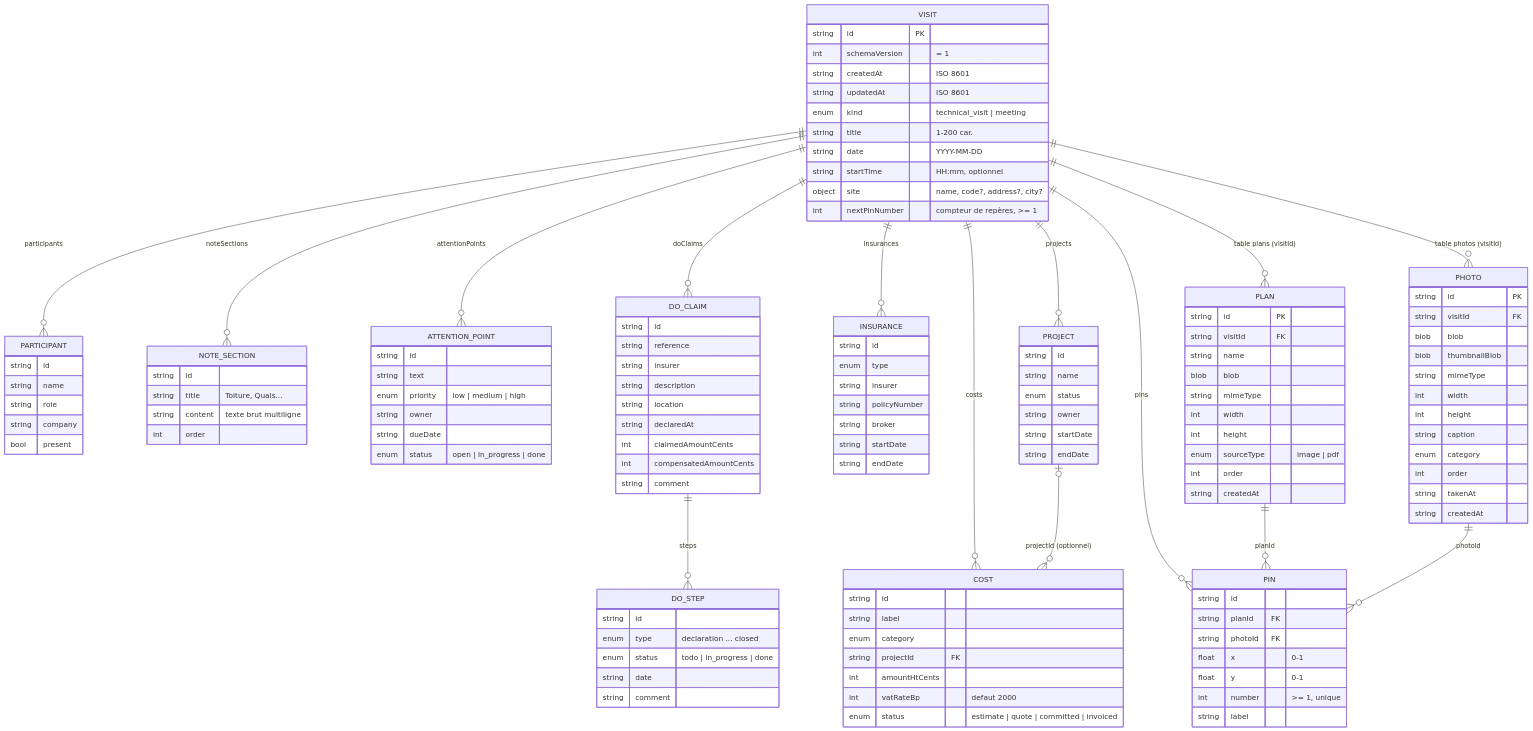
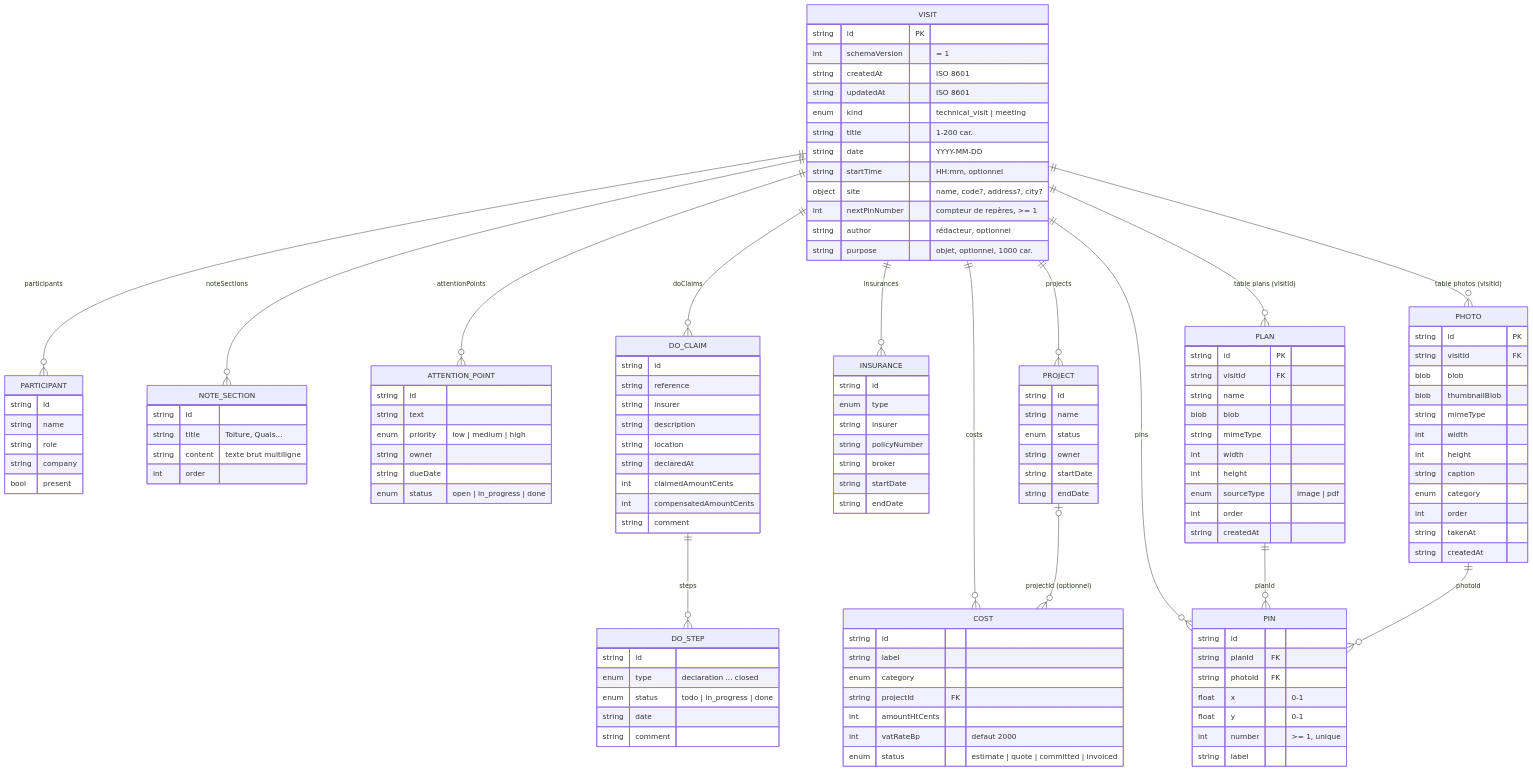
Before and after one commit to leandreparis-debug/visite-de-site-temporaire-: the diagram in docs/DATA_MODEL.md, drawn with Mermaid. The commit also changed other lines of this file and 41 other files, not shown here.

```diff
--- a/docs/DATA_MODEL.md
+++ b/docs/DATA_MODEL.md
@@ -41,6 +41,8 @@
         string startTime "HH:mm, optionnel"
         object site "name, code?, address?, city?"
         int nextPinNumber "compteur de repères, >= 1"
+        string author "rédacteur, optionnel"
+        string purpose "objet, optionnel, 1000 car."
     }
     PARTICIPANT {
         string id
```
